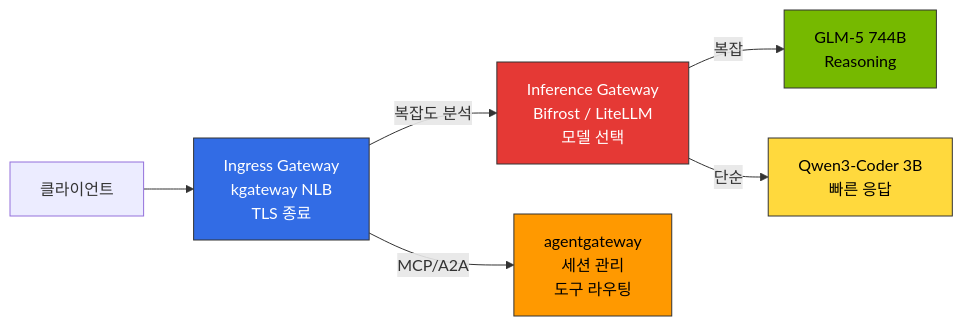
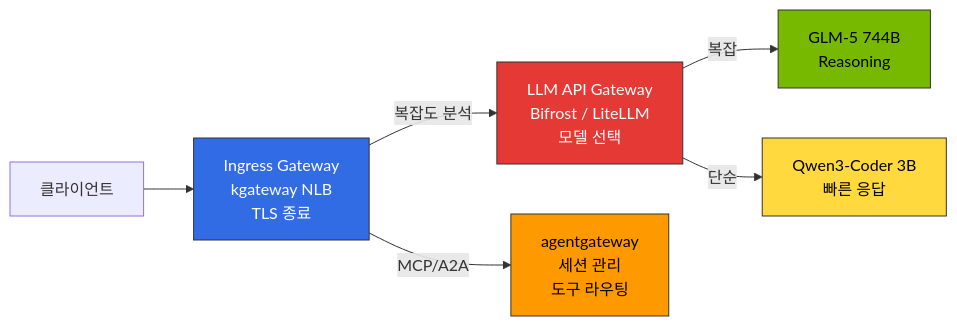
Before and after one commit to devfloor9/engineering-playbook: the first of 6 diagrams in docs/agentic-ai-platform/reference-architecture/inference-gateway/routing-strategy.md, drawn with Mermaid. The commit also changed other lines of this file and 23 other files, not shown here.

````diff
--- a/docs/agentic-ai-platform/reference-architecture/inference-gateway/routing-strategy.md
+++ b/docs/agentic-ai-platform/reference-architecture/inference-gateway/routing-strategy.md
@@ -42,14 +48,14 @@
 ```mermaid
 graph LR
     Client[클라이언트] --> IGW[Ingress Gateway<br/>kgateway NLB<br/>TLS 종료]
-    IGW -->|복잡도 분석| IFG[Inference Gateway<br/>Bifrost / LiteLLM<br/>모델 선택]
+    IGW -->|복잡도 분석| IFG[LLM API Gateway<br/>Bifrost / LiteLLM<br/>모델 선택]
     IFG -->|복잡| LLM[GLM-5 744B<br/>Reasoning]
     IFG -->|단순| SLM[Qwen3-Coder 3B<br/>빠른 응답]
     IGW -->|MCP/A2A| AGW[agentgateway<br/>세션 관리<br/>도구 라우팅]
     
     style IGW fill:#326ce5,stroke:#333,color:#fff
     style IFG fill:#e53935,stroke:#333,color:#fff
     style AGW fill:#ff9900,stroke:#333,color:#000
     style LLM fill:#76b900,stroke:#333,color:#000
     style SLM fill:#ffd93d,stroke:#333,color:#000
 ```
````
